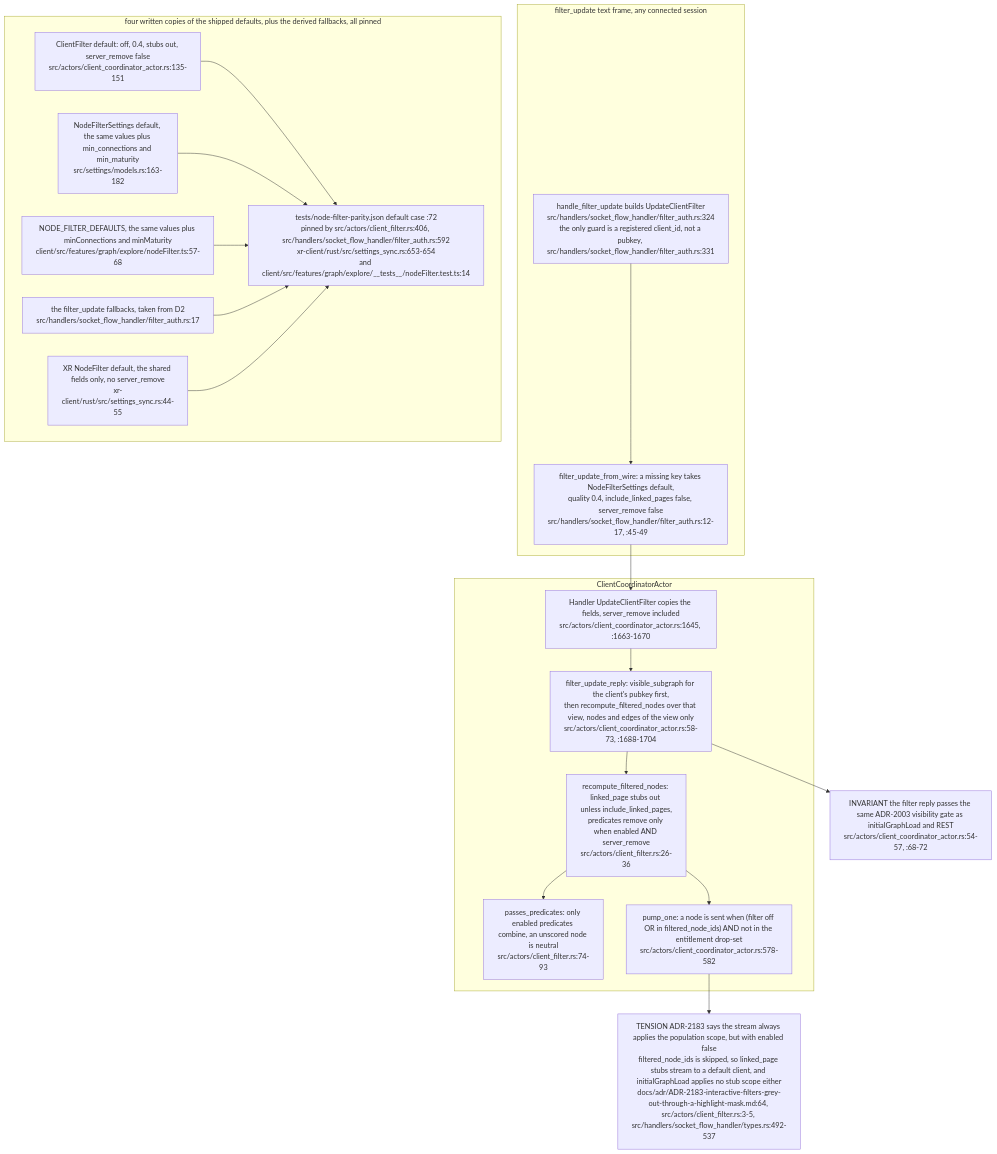
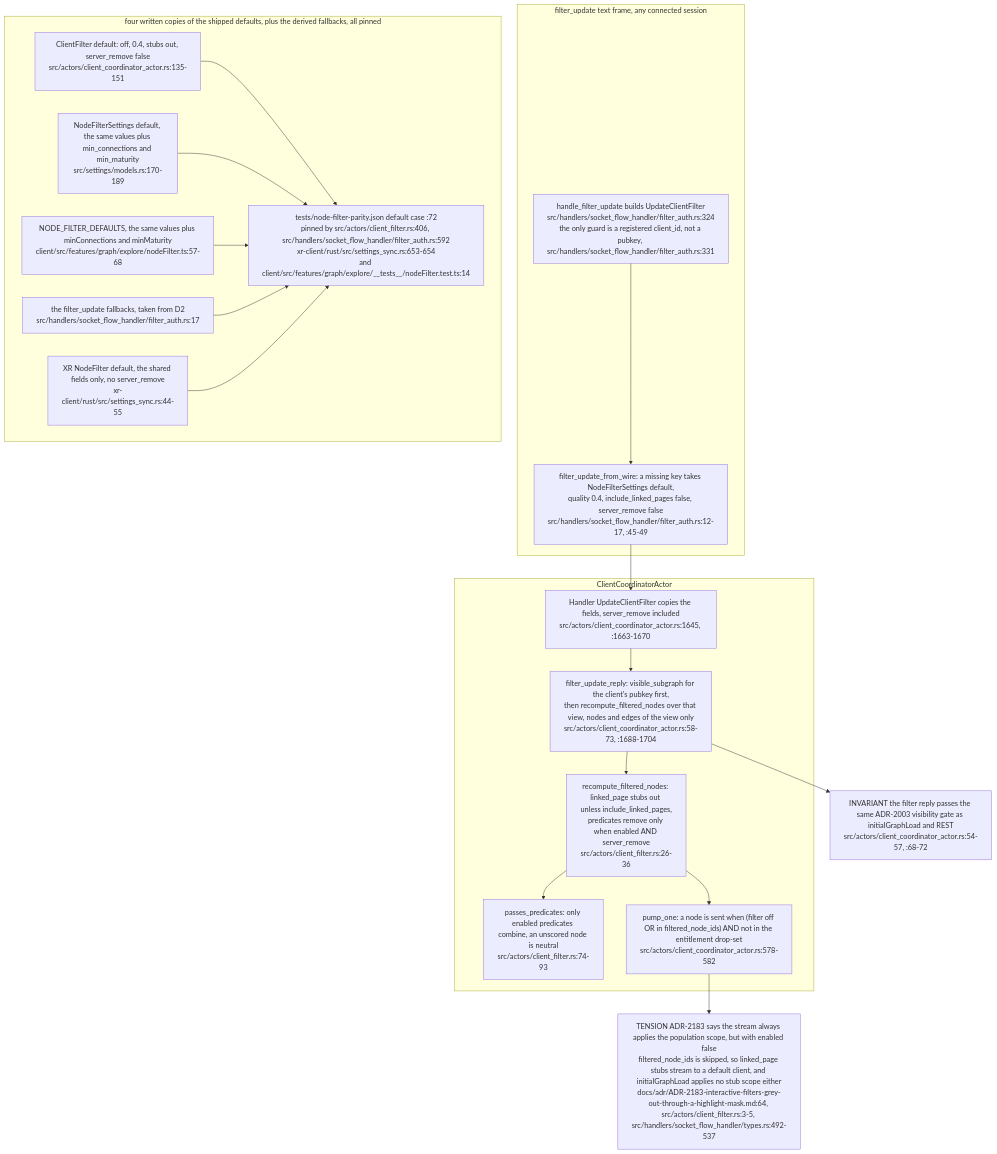
One commit to DreamLab-AI/VisionFlow changed the eighth of 9 diagrams in docs/diagrams/visionclaw/13-broadcast-pipeline-and-websocket.md. Above: the diagram before and after it, drawn with Mermaid. The commit also changed other lines of this file and 154 other files, not shown here.

First line of the commit message:
docs(diagrams): re-stamp 154 topics whose every citation still reads the same text at the current heads

````diff
--- a/docs/diagrams/visionclaw/13-broadcast-pipeline-and-websocket.md
+++ b/docs/diagrams/visionclaw/13-broadcast-pipeline-and-websocket.md
@@ -459,33 +459,33 @@
 ```mermaid
 flowchart TB
     subgraph IN["filter_update text frame, any connected session"]
         FU["handle_filter_update builds UpdateClientFilter<br/>src/handlers/socket_flow_handler/filter_auth.rs:324<br/>the only guard is a registered client_id, not a pubkey, src/handlers/socket_flow_handler/filter_auth.rs:331"]
         FB["filter_update_from_wire: a missing key takes NodeFilterSettings default,<br/>quality 0.4, include_linked_pages false, server_remove false<br/>src/handlers/socket_flow_handler/filter_auth.rs:12-17, :45-49"]
         FU --> FB
     end
     subgraph CC["ClientCoordinatorActor"]
         UH["Handler UpdateClientFilter copies the fields, server_remove included<br/>src/actors/client_coordinator_actor.rs:1645, :1663-1670"]
         REP["filter_update_reply: visible_subgraph for the client's pubkey first,<br/>then recompute_filtered_nodes over that view, nodes and edges of the view only<br/>src/actors/client_coordinator_actor.rs:58-73, :1688-1704"]
         RC["recompute_filtered_nodes: linked_page stubs out unless include_linked_pages,<br/>predicates remove only when enabled AND server_remove<br/>src/actors/client_filter.rs:26-36"]
         PR["passes_predicates: only enabled predicates combine, an unscored node is neutral<br/>src/actors/client_filter.rs:74-93"]
         PUMP["pump_one: a node is sent when (filter off OR in filtered_node_ids) AND not in the entitlement drop-set<br/>src/actors/client_coordinator_actor.rs:578-582"]
         UH --> REP --> RC --> PR
         RC --> PUMP
     end
     subgraph DEF["four written copies of the shipped defaults, plus the derived fallbacks, all pinned"]
         D1["ClientFilter default: off, 0.4, stubs out, server_remove false<br/>src/actors/client_coordinator_actor.rs:135-151"]
-        D2["NodeFilterSettings default, the same values plus min_connections and min_maturity<br/>src/settings/models.rs:163-182"]
+        D2["NodeFilterSettings default, the same values plus min_connections and min_maturity<br/>src/settings/models.rs:170-189"]
         D3["NODE_FILTER_DEFAULTS, the same values plus minConnections and minMaturity<br/>client/src/features/graph/explore/nodeFilter.ts:57-68"]
         D5["XR NodeFilter default, the shared fields only, no server_remove<br/>xr-client/rust/src/settings_sync.rs:44-55"]
         D4["the filter_update fallbacks, taken from D2<br/>src/handlers/socket_flow_handler/filter_auth.rs:17"]
         FIX["tests/node-filter-parity.json default case :72<br/>pinned by src/actors/client_filter.rs:406, src/handlers/socket_flow_handler/filter_auth.rs:592<br/>xr-client/rust/src/settings_sync.rs:653-654<br/>and client/src/features/graph/explore/__tests__/nodeFilter.test.ts:14"]
         D1 --> FIX
         D2 --> FIX
         D3 --> FIX
         D4 --> FIX
         D5 --> FIX
     end
     FB --> UH
     REP --> I1["INVARIANT the filter reply passes the same ADR-2003 visibility gate as initialGraphLoad and REST<br/>src/actors/client_coordinator_actor.rs:54-57, :68-72"]
     PUMP --> T2["TENSION ADR-2183 says the stream always applies the population scope, but with enabled false<br/>filtered_node_ids is skipped, so linked_page stubs stream to a default client, and initialGraphLoad applies no stub scope either<br/>docs/adr/ADR-2183-interactive-filters-grey-out-through-a-highlight-mask.md:64, src/actors/client_filter.rs:3-5, src/handlers/socket_flow_handler/types.rs:492-537"]
 ```
````
